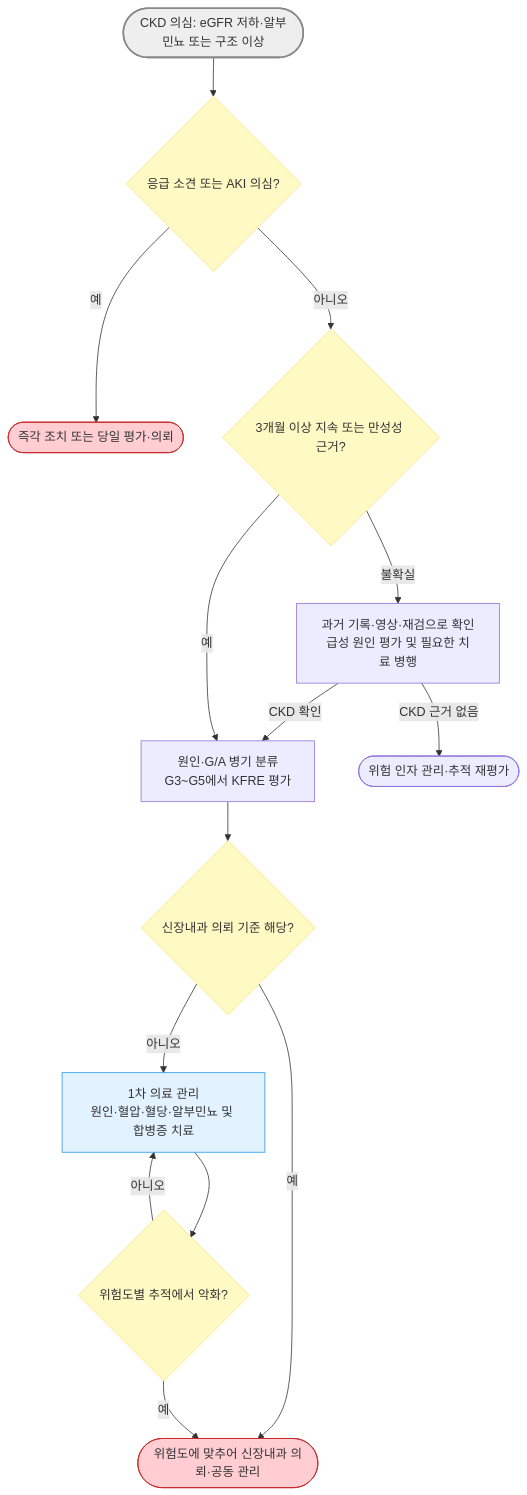
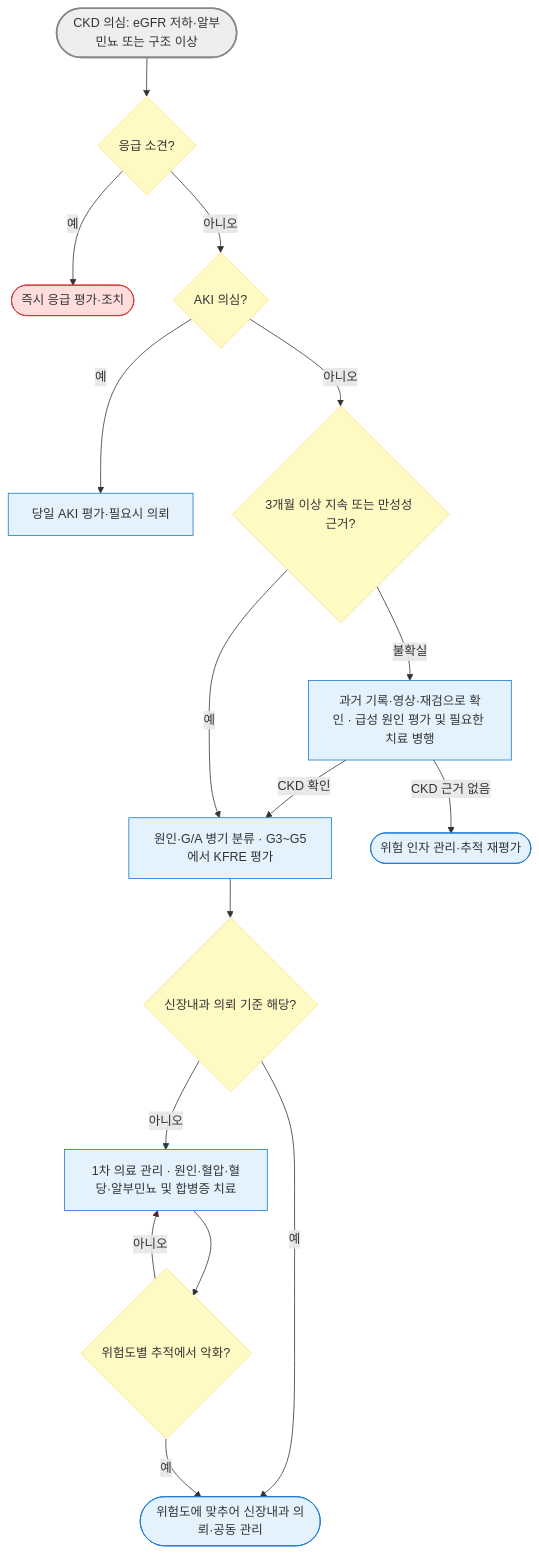
The diagram in 227_/112_-chronic-kidney-disease-ckd.md (familyoh77/familyoh77), drawn with Mermaid before and after one commit. The commit also changed other lines of this file and 10 other files, not shown here.

````diff
--- a/227_/112_-chronic-kidney-disease-ckd.md
+++ b/227_/112_-chronic-kidney-disease-ckd.md
@@ -180,22 +180,26 @@
 ```mermaid
 flowchart TD
-    A(["CKD 의심: eGFR 저하·알부민뇨 또는 구조 이상"]) --> B{"응급 소견 또는 AKI 의심?"}
-    B -- 예 --> C(["즉각 조치 또는 당일 평가·의뢰"])
-    B -- 아니오 --> D{"3개월 이상 지속 또는 만성성 근거?"}
-    D -- 불확실 --> E["과거 기록·영상·재검으로 확인<br/>급성 원인 평가 및 필요한 치료 병행"]
-    E -- CKD 확인 --> F["원인·G/A 병기 분류<br/>G3~G5에서 KFRE 평가"]
-    D -- 예 --> F
-    E -- CKD 근거 없음 --> J(["위험 인자 관리·추적 재평가"])
+    A(["CKD 의심: eGFR 저하·알부민뇨 또는 구조 이상"]) --> B{"응급 소견?"}
+    B -- "예" --> C(["즉시 응급 평가·조치"])
+    B -- "아니오" --> AK{"AKI 의심?"}
+    AK -- "예" --> AKR["당일 AKI 평가·필요시 의뢰"]
+    AK -- "아니오" --> D{"3개월 이상 지속 또는 만성성 근거?"}
+    D -- "불확실" --> E["과거 기록·영상·재검으로 확인 · 급성 원인 평가 및 필요한 치료 병행"]
+    E -- "CKD 확인" --> F["원인·G/A 병기 분류 · G3~G5에서 KFRE 평가"]
+    D -- "예" --> F
+    E -- "CKD 근거 없음" --> J(["위험 인자 관리·추적 재평가"])
     F --> G{"신장내과 의뢰 기준 해당?"}
-    G -- 예 --> H(["위험도에 맞추어 신장내과 의뢰·공동 관리"])
-    G -- 아니오 --> I["1차 의료 관리<br/>원인·혈압·혈당·알부민뇨 및 합병증 치료"]
+    G -- "예" --> H(["위험도에 맞추어 신장내과 의뢰·공동 관리"])
+    G -- "아니오" --> I["1차 의료 관리 · 원인·혈압·혈당·알부민뇨 및 합병증 치료"]
     I --> K{"위험도별 추적에서 악화?"}
-    K -- 예 --> H
-    K -- 아니오 --> I
+    K -- "예" --> H
+    K -- "아니오" --> I
     classDef decision fill:#fff9c4,stroke:#ffe082
-    class B,D,G,K decision
+    class B,AK,D,G,K decision
+    classDef action fill:#e3f2fd,stroke:#1976d2
+    class E,F,H,I,J,AKR action
     style A fill:#eeeeee,stroke:#888888,stroke-width:2px
-    style C fill:#ffcdd2,stroke:#c62828
-    style H fill:#ffcdd2,stroke:#c62828
-    style I fill:#e3f2ff,stroke:#2196f3
+    style C fill:#ffdddd,stroke:#d32f2f
+
+    style I fill:#e3f2fd,stroke:#1976d2
 ```
````
